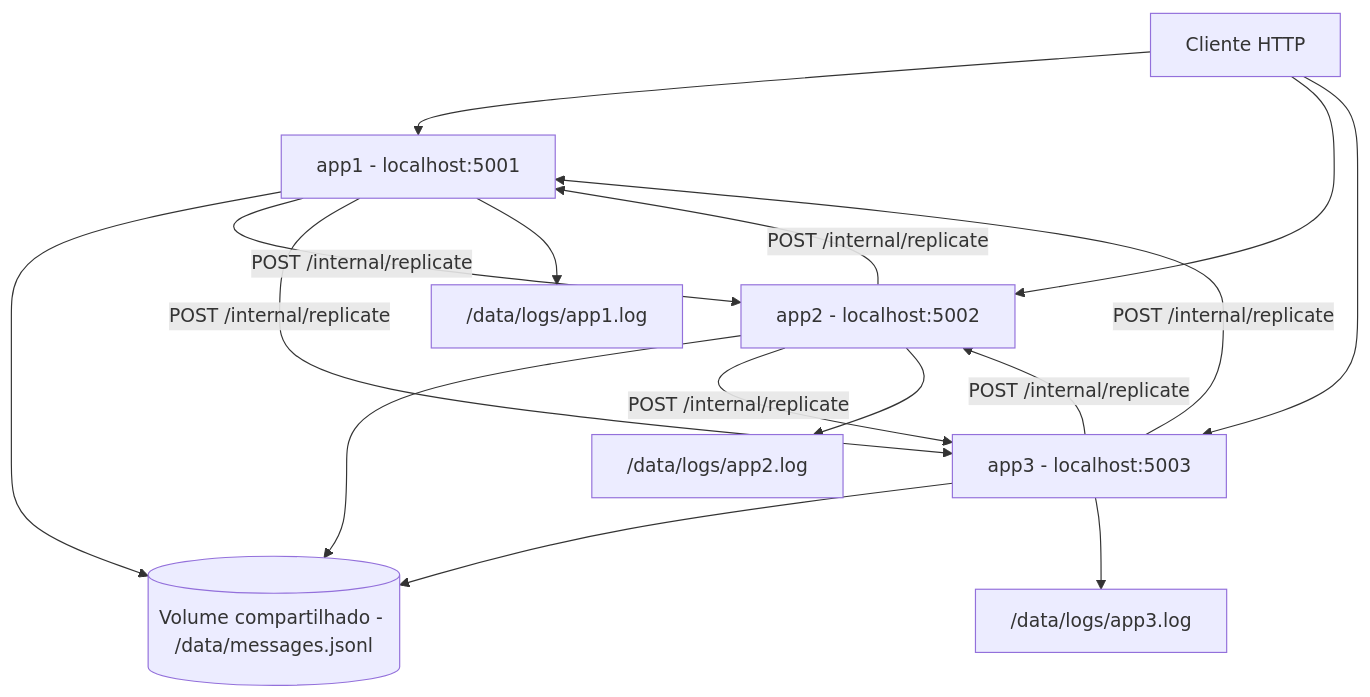
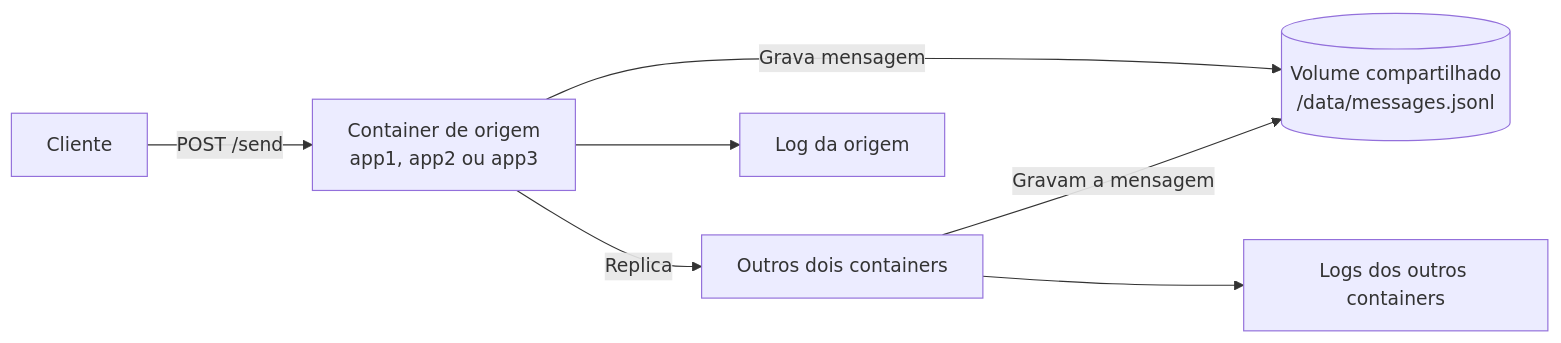
One commit to analaress/sistema-distribuido-mensagens-docker changed the diagram in README.md. Above: the diagram before and after it, drawn with Mermaid. The commit also changed other lines of this file, not shown here.

Commit message:
fix: altera tipo de diagrama para ficar mais claro

````diff
--- a/README.md
+++ b/README.md
@@ -7,21 +7,9 @@
 ```mermaid
-flowchart TD
-    Cliente["Cliente HTTP"] --> App1["app1 - localhost:5001"]
-    Cliente --> App2["app2 - localhost:5002"]
-    Cliente --> App3["app3 - localhost:5003"]
-
-    App1 --> Armazenamento[("Volume compartilhado - /data/messages.jsonl")]
-    App2 --> Armazenamento
-    App3 --> Armazenamento
-
-    App1 -->|"POST /internal/replicate"| App2
-    App1 -->|"POST /internal/replicate"| App3
-    App2 -->|"POST /internal/replicate"| App1
-    App2 -->|"POST /internal/replicate"| App3
-    App3 -->|"POST /internal/replicate"| App1
-    App3 -->|"POST /internal/replicate"| App2
-
-    App1 --> Log1["/data/logs/app1.log"]
-    App2 --> Log2["/data/logs/app2.log"]
-    App3 --> Log3["/data/logs/app3.log"]
+flowchart LR
+    Cliente["Cliente"] -->|"POST /send"| Origem["Container de origem\napp1, app2 ou app3"]
+    Origem -->|"Grava mensagem"| Volume[("Volume compartilhado\n/data/messages.jsonl")]
+    Origem -->|"Replica"| Outros["Outros dois containers"]
+    Outros -->|"Gravam a mensagem"| Volume
+    Origem --> LogOrigem["Log da origem"]
+    Outros --> LogsOutros["Logs dos outros containers"]
 ```
````
